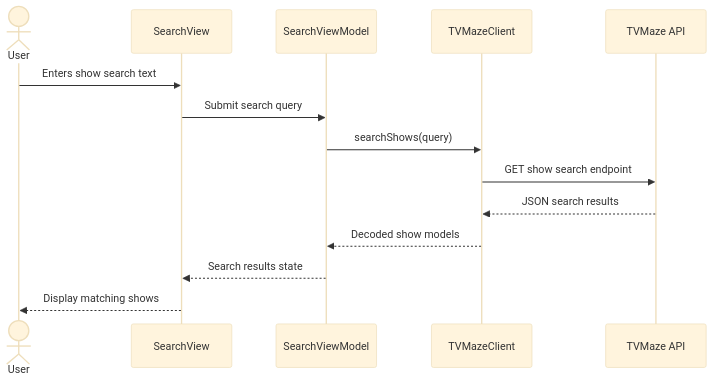
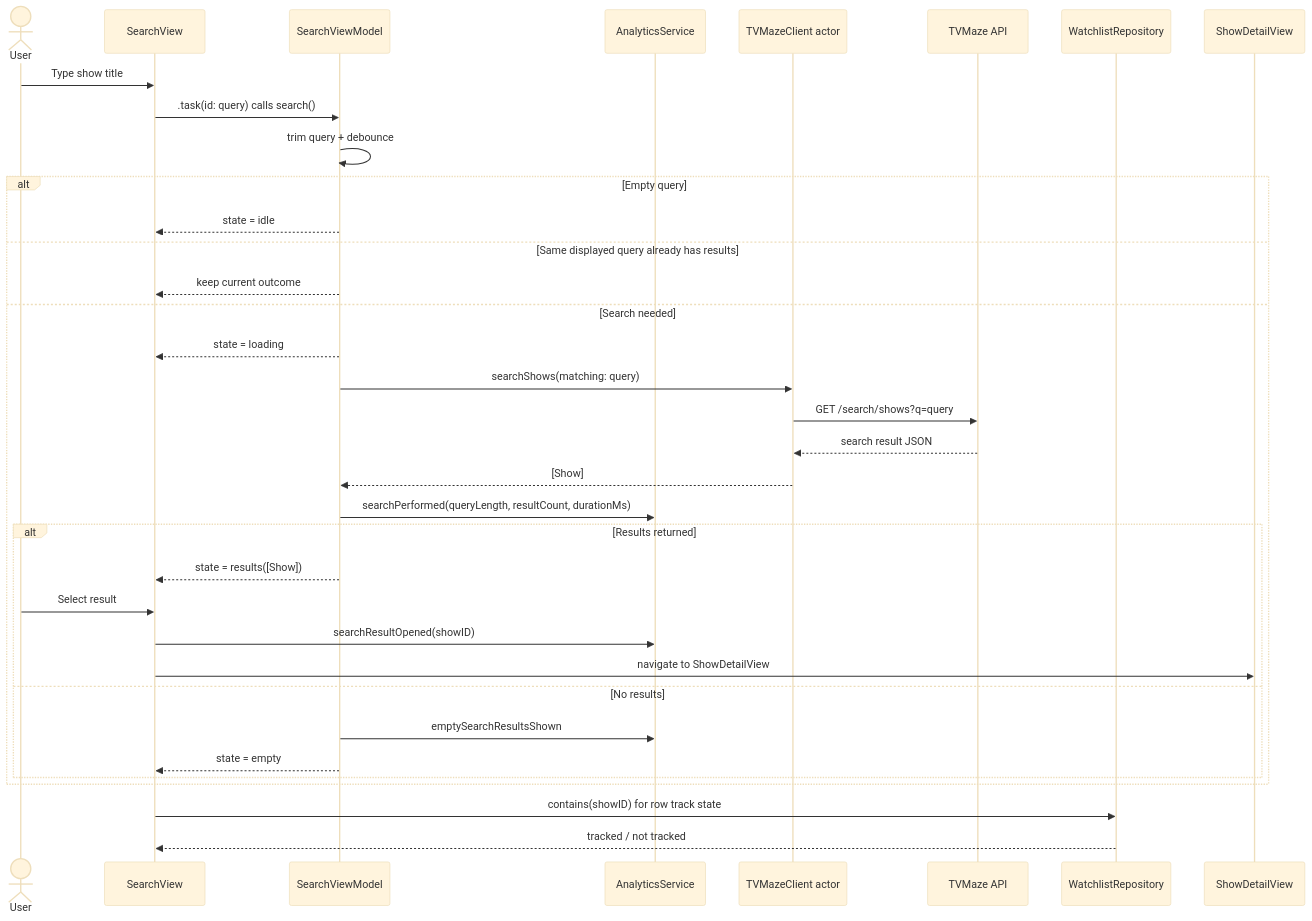
One commit to janineanne/NextSeason changed the diagram in Documentation/MVP/Diagrams/03_search_flow.md. Above: the diagram before and after it, drawn with Mermaid (base theme). The commit also changed other lines of this file and 15 other files, not shown here.

Commit message:
Regenerated Mermaid diagrams

````diff
--- a/Documentation/MVP/Diagrams/03_search_flow.md
+++ b/Documentation/MVP/Diagrams/03_search_flow.md
@@ -3,17 +3,41 @@
 ```mermaid
 sequenceDiagram
     actor User
     participant SearchView
-    participant SearchViewModel
-    participant TVMazeClient
-    participant TVMazeAPI as TVMaze API
+    participant VM as SearchViewModel
+    participant Analytics as AnalyticsService
+    participant API as TVMazeClient actor
+    participant TVMaze as TVMaze API
+    participant Repo as WatchlistRepository
+    participant Detail as ShowDetailView
 
-    User->>SearchView: Enters show search text
-    SearchView->>SearchViewModel: Submit search query
-    SearchViewModel->>TVMazeClient: searchShows(query)
-    TVMazeClient->>TVMazeAPI: GET show search endpoint
-    TVMazeAPI-->>TVMazeClient: JSON search results
-    TVMazeClient-->>SearchViewModel: Decoded show models
-    SearchViewModel-->>SearchView: Search results state
-    SearchView-->>User: Display matching shows
+    User->>SearchView: Type show title
+    SearchView->>VM: .task(id: query) calls search()
+    VM->>VM: trim query + debounce
+
+    alt Empty query
+        VM-->>SearchView: state = idle
+    else Same displayed query already has results
+        VM-->>SearchView: keep current outcome
+    else Search needed
+        VM-->>SearchView: state = loading
+        VM->>API: searchShows(matching: query)
+        API->>TVMaze: GET /search/shows?q=query
+        TVMaze-->>API: search result JSON
+        API-->>VM: [Show]
+        VM->>Analytics: searchPerformed(queryLength, resultCount, durationMs)
+
+        alt Results returned
+            VM-->>SearchView: state = results([Show])
+            User->>SearchView: Select result
+            SearchView->>Analytics: searchResultOpened(showID)
+            SearchView->>Detail: navigate to ShowDetailView
+        else No results
+            VM->>Analytics: emptySearchResultsShown
+            VM-->>SearchView: state = empty
+        end
+    end
+
+    SearchView->>Repo: contains(showID) for row track state
+    Repo-->>SearchView: tracked / not tracked
 ```
````
